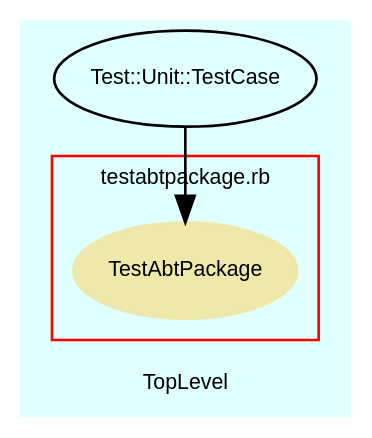
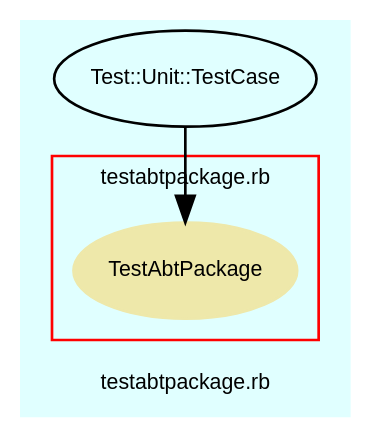
The diagram in src/trunk/doc/dot/f_12.dot (eschabell/abtlinux), drawn with Graphviz before and after one commit. The commit also changed 68 other files, not shown here.

```diff
--- a/src/trunk/doc/dot/f_12.dot
+++ b/src/trunk/doc/dot/f_12.dot
@@ -1,37 +1,37 @@
 digraph TopLevel {
     compound = true
     bgcolor = lightcyan1
     fontname = Arial
     fontsize = 8
-    label = "TopLevel"
+    label = "testabtpackage.rb"
     node [
         fontname = Arial,
         fontsize = 8,
         color = black
     ]
 
     subgraph cluster_13 {
         fontname = Arial
         color = red
         label = "testabtpackage.rb"
         TestAbtPackage [
             fontcolor = black,
             URL = "classes/TestAbtPackage.html",
             shape = ellipse,
             color = palegoldenrod,
             style = filled,
             label = "TestAbtPackage"
         ]
 
     }
 
     Test__Unit__TestCase [
         URL = "classes/Test/Unit/TestCase.html",
         label = "Test::Unit::TestCase"
     ]
 
     Test__Unit__TestCase -> TestAbtPackage [
 
     ]
 
 }
```
